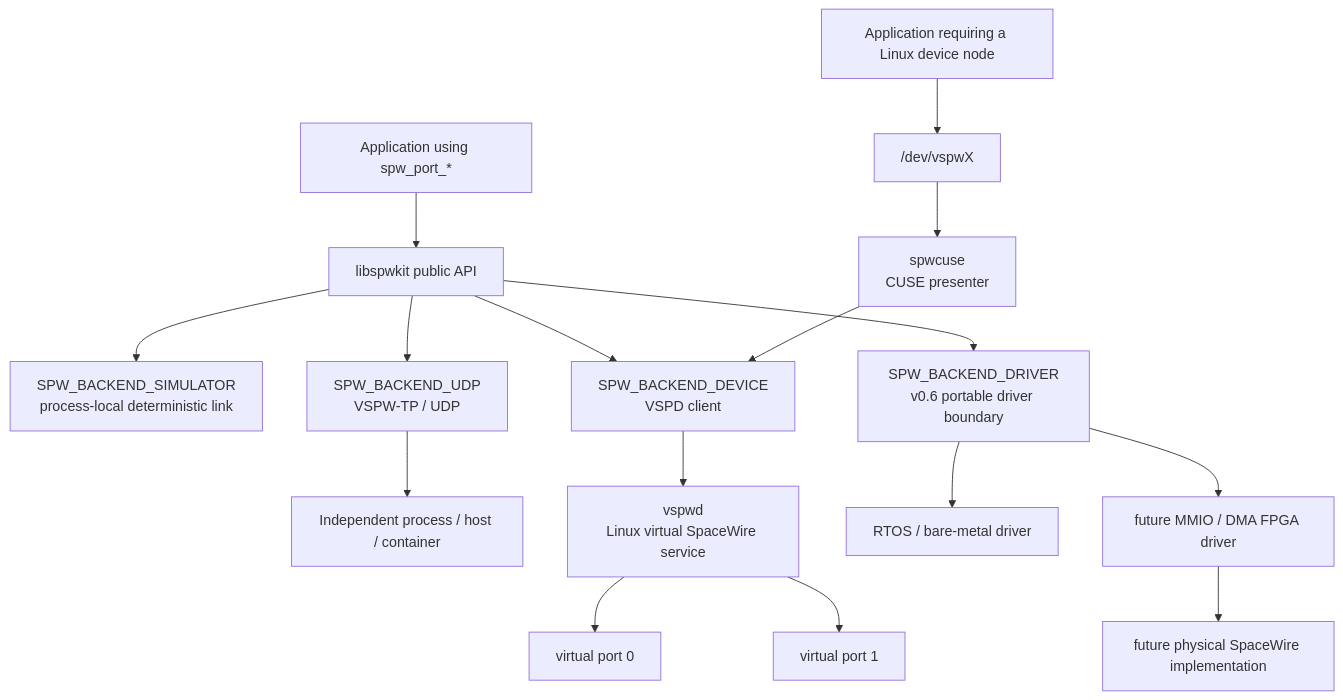
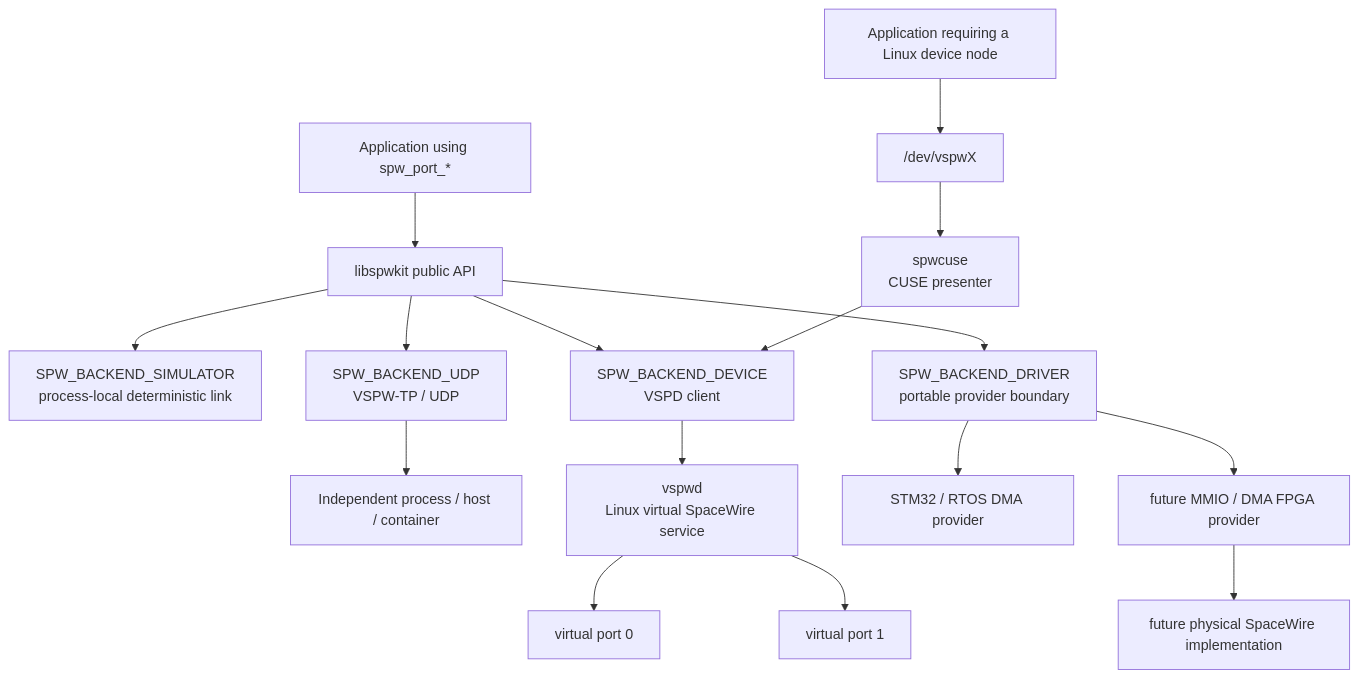
One commit to ExoSpaceLabs/spwkit changed the sixth of 7 diagrams in docs/simulator.md. Above: the diagram before and after it, drawn with Mermaid. The commit also changed other lines of this file, not shown here.

````diff
--- a/docs/simulator.md
+++ b/docs/simulator.md
@@ -148,23 +148,23 @@
 ```mermaid
 flowchart TB
     APP["Application using spw_port_*"] --> API["libspwkit public API"]
 
     API --> SIM["SPW_BACKEND_SIMULATOR<br/>process-local deterministic link"]
     API --> UDP["SPW_BACKEND_UDP<br/>VSPW-TP / UDP"]
     API --> DEV["SPW_BACKEND_DEVICE<br/>VSPD client"]
-    API --> DRIVER["SPW_BACKEND_DRIVER<br/>v0.6 portable driver boundary"]
+    API --> DRIVER["SPW_BACKEND_DRIVER<br/>portable provider boundary"]
 
     UDP --> REMOTE["Independent process / host / container"]
 
     DEV --> VSPWD["vspwd<br/>Linux virtual SpaceWire service"]
     VSPWD --> VP0["virtual port 0"]
     VSPWD --> VP1["virtual port 1"]
 
     CHAR_APP["Application requiring a Linux device node"] --> DEVNODE["/dev/vspwX"]
     DEVNODE --> CUSE["spwcuse<br/>CUSE presenter"]
     CUSE --> DEV
 
-    DRIVER --> RTOS["RTOS / bare-metal driver"]
-    DRIVER --> FPGA["future MMIO / DMA FPGA driver"]
+    DRIVER --> MCU["STM32 / RTOS DMA provider"]
+    DRIVER --> FPGA["future MMIO / DMA FPGA provider"]
     FPGA --> PHY["future physical SpaceWire implementation"]
 ```
````
